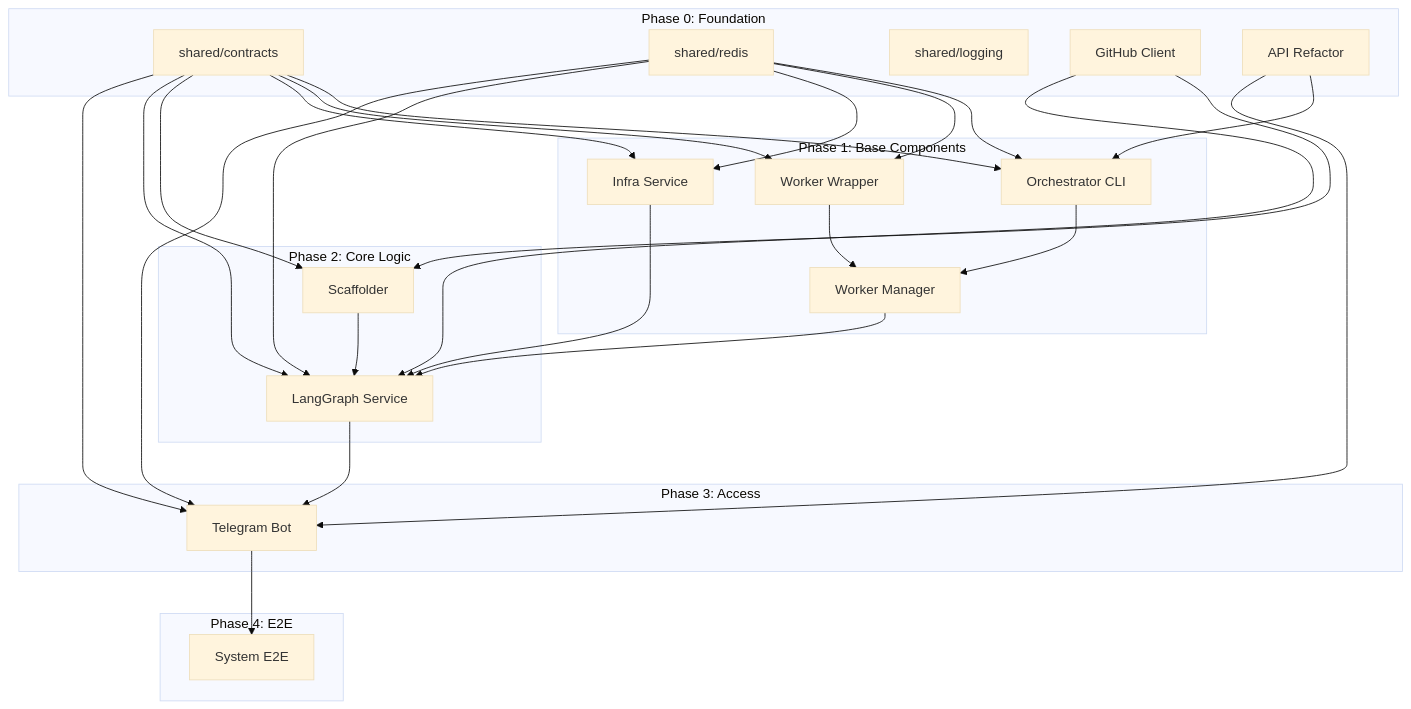
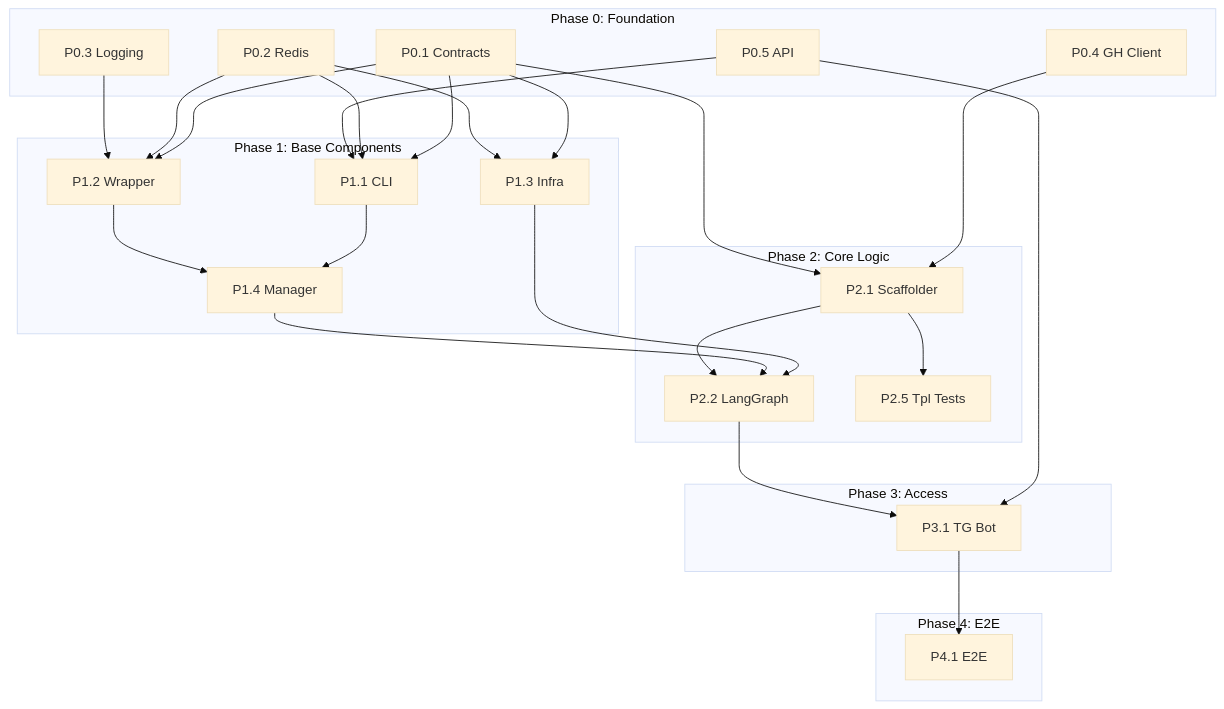
One commit to vladmesh/codegen_orchestrator changed the diagram in docs/new_architecture/MIGRATION_PLAN.md. Above: the diagram before and after it, drawn with Mermaid (base theme). The commit also changed other lines of this file and 3 other files, not shown here.

First line of the commit message:
docs: resolve audit blockers and refine architecture specs

````diff
--- a/docs/new_architecture/MIGRATION_PLAN.md
+++ b/docs/new_architecture/MIGRATION_PLAN.md
@@ -21,54 +21,62 @@
 ```mermaid
 flowchart TB
     subgraph Phase0["Phase 0: Foundation"]
-        SC[shared/contracts]
-        SR[shared/redis]
-        SL[shared/logging]
-        GH[GitHub Client]
-        API[API Refactor]
+        P0_1[P0.1 Contracts]
+        P0_2[P0.2 Redis]
+        P0_3[P0.3 Logging]
+        P0_4[P0.4 GH Client]
+        P0_5[P0.5 API]
     end
 
     subgraph Phase1["Phase 1: Base Components"]
-        CLI[Orchestrator CLI]
-        WW[Worker Wrapper]
-        IS[Infra Service]
-        WM[Worker Manager]
+        P1_1[P1.1 CLI]
+        P1_2[P1.2 Wrapper]
+        P1_3[P1.3 Infra]
+        P1_4[P1.4 Manager]
     end
 
     subgraph Phase2["Phase 2: Core Logic"]
-        SCF[Scaffolder]
-        LG[LangGraph Service]
+        P2_1[P2.1 Scaffolder]
+        P2_2[P2.2 LangGraph]
+        P2_5[P2.5 Tpl Tests]
     end
 
     subgraph Phase3["Phase 3: Access"]
-        TB[Telegram Bot]
+        P3_1[P3.1 TG Bot]
     end
 
     subgraph Phase4["Phase 4: E2E"]
-        E2E[System E2E]
+        P4_1[P4.1 E2E]
     end
 
-    %% Dependencies
-    SC --> CLI
-    SC --> WW
-    SC --> IS
-    SC --> SCF
-    SC --> LG
-    SC --> TB
-    SR --> CLI
-    SR --> WW
-    SR --> IS
-    SR --> LG
-    SR --> TB
-    GH --> SCF
-    GH --> LG
-    API --> CLI
-    API --> TB
-    WW --> WM
-    CLI --> WM
-    WM --> LG
-    SCF --> LG
-    IS --> LG
-    LG --> TB
-    TB --> E2E
+    %% Phase 1 Dependencies
+    P0_1 --> P1_1
+    P0_2 --> P1_1
+    P0_5 --> P1_1
+
+    P0_1 --> P1_2
+    P0_2 --> P1_2
+    P0_3 --> P1_2
+
+    P0_1 --> P1_3
+    P0_2 --> P1_3
+
+    P1_1 --> P1_4
+    P1_2 --> P1_4
+
+    %% Phase 2 Dependencies
+    P0_4 --> P2_1
+    P0_1 --> P2_1
+
+    P1_3 --> P2_2
+    P1_4 --> P2_2
+    P2_1 --> P2_2
+    P2_1 --> P2_5
+
+    %% Phase 3 Dependencies
+    P0_5 --> P3_1
+    P2_2 --> P3_1
+
+    %% Phase 4 Dependencies
+    P3_1 --> P4_1
 ```
````
